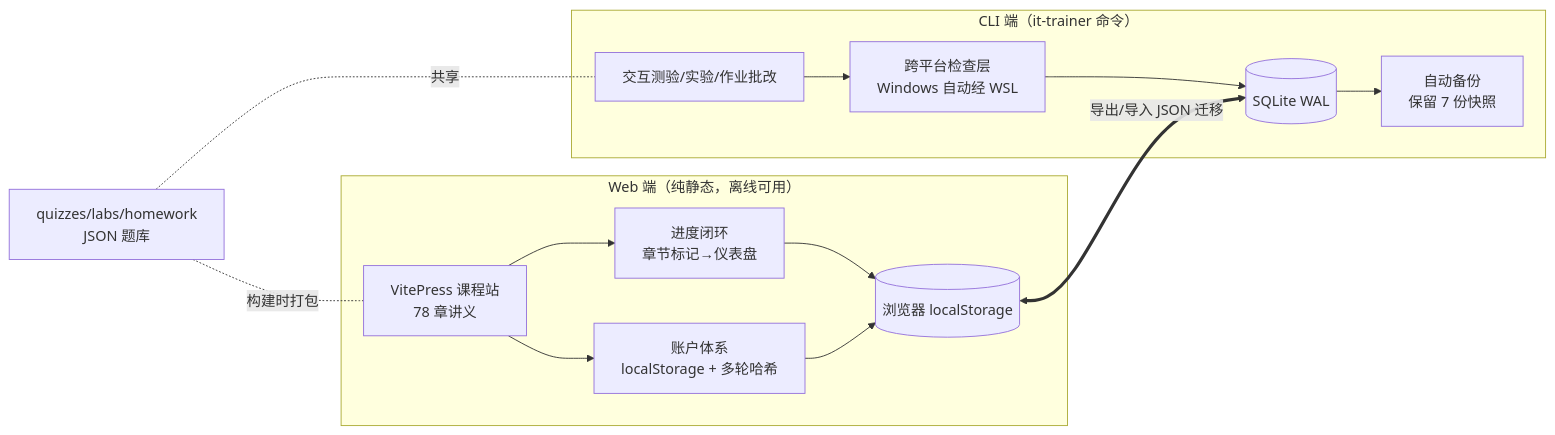
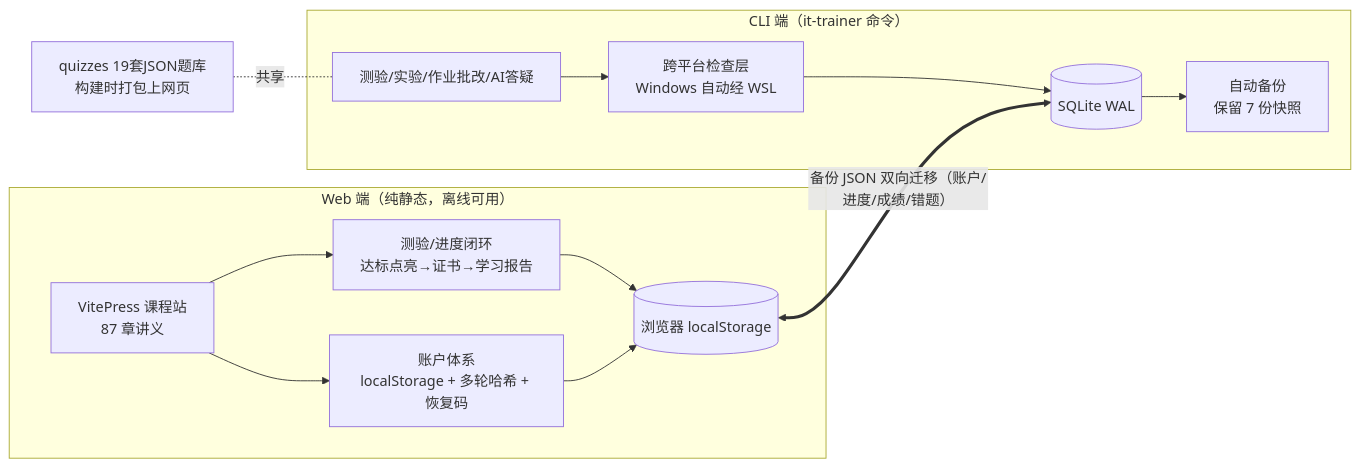
One commit to emiyaPeter/it-infra-trainer changed the diagram in README.md. Above: the diagram before and after it, drawn with Mermaid. The commit also changed other lines of this file and 4 other files, not shown here.

````diff
--- a/README.md
+++ b/README.md
@@ -21,17 +24,16 @@
 ```mermaid
 graph LR
     subgraph Web["Web 端（纯静态，离线可用）"]
-        A[VitePress 课程站<br/>78 章讲义] --> B[进度闭环<br/>章节标记→仪表盘]
-        A --> C[账户体系<br/>localStorage + 多轮哈希]
+        A[VitePress 课程站<br/>87 章讲义] --> B[测验/进度闭环<br/>达标点亮→证书→学习报告]
+        A --> C[账户体系<br/>localStorage + 多轮哈希 + 恢复码]
         B --> D[(浏览器 localStorage)]
         C --> D
     end
     subgraph CLI["CLI 端（it-trainer 命令）"]
-        E[交互测验/实验/作业批改] --> F[跨平台检查层<br/>Windows 自动经 WSL]
+        E[测验/实验/作业批改/AI答疑] --> F[跨平台检查层<br/>Windows 自动经 WSL]
         F --> G[(SQLite WAL)]
         G --> H[自动备份<br/>保留 7 份快照]
     end
-    I[quizzes/labs/homework<br/>JSON 题库] -.共享.- E
-    I -.构建时打包.- A
-    D <== 导出/导入 JSON 迁移 ==> G
+    I[quizzes 19套JSON题库<br/>构建时打包上网页] -.共享.- E
+    D <== 备份 JSON 双向迁移（账户/进度/成绩/错题） ==> G
 ```
````
